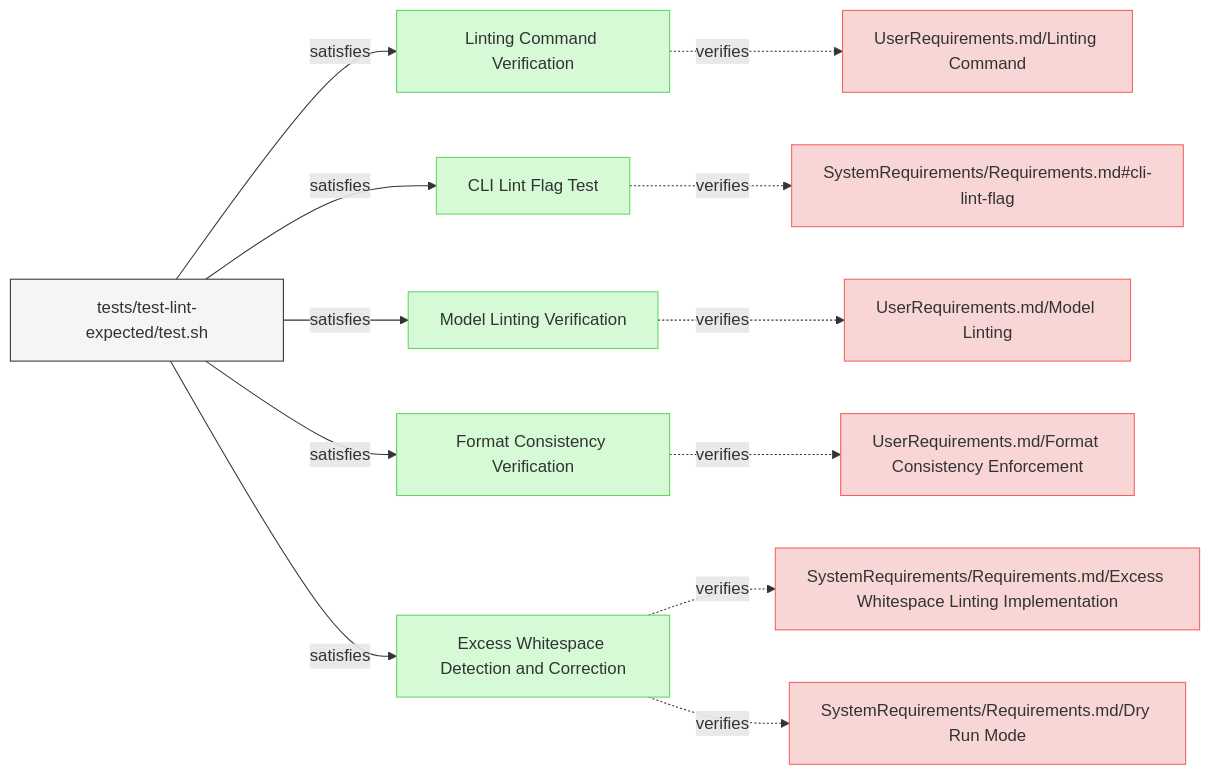
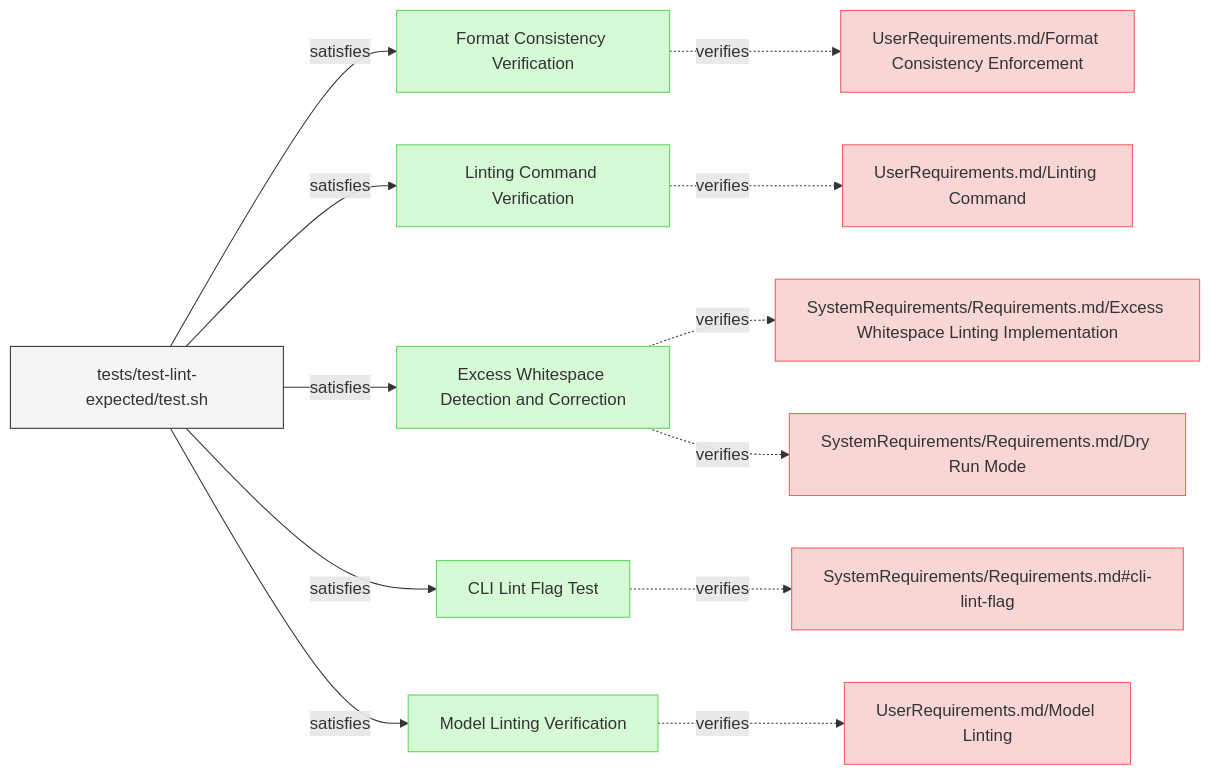
Before and after one commit to reqvire-org/reqvire: the first of 3 diagrams in specifications/Verifications/LintingTests.md, drawn with Mermaid. The commit also changed other lines of this file and 22 other files, not shown here.

````diff
--- a/specifications/Verifications/LintingTests.md
+++ b/specifications/Verifications/LintingTests.md
@@ -6,56 +6,56 @@
 ```mermaid
 graph LR;
   %% Graph styling
   classDef requirement fill:#f9d6d6,stroke:#f55f5f,stroke-width:1px;
   classDef verification fill:#d6f9d6,stroke:#5fd75f,stroke-width:1px;
   classDef externalLink fill:#d0e0ff,stroke:#3080ff,stroke-width:1px;
   classDef default fill:#f5f5f5,stroke:#333333,stroke-width:1px;
 
+  f35ede8f8934159a["Format Consistency Verification"];
+  click f35ede8f8934159a "https://github.com/Reqvire/reqvire/blob/ad88ba6b828e94c93382866fefd058c011c1ac60/specifications/Verifications/LintingTests.md#format-consistency-verification";
+  class f35ede8f8934159a verification;
+  1ddbeea0cf8eaad5["UserRequirements.md/Format Consistency Enforcement"];
+  class 1ddbeea0cf8eaad5 requirement;
+  click 1ddbeea0cf8eaad5 "https://github.com/Reqvire/reqvire/blob/ad88ba6b828e94c93382866fefd058c011c1ac60/specifications/UserRequirements.md#format-consistency-enforcement";
+  f35ede8f8934159a -.->|verifies| 1ddbeea0cf8eaad5;
+  569c6cdb3294a8d5["tests/test-lint-expected/test.sh"];
+  class 569c6cdb3294a8d5 default;
+  click 569c6cdb3294a8d5 "https://github.com/Reqvire/reqvire/blob/ad88ba6b828e94c93382866fefd058c011c1ac60/tests/test-lint-expected/test.sh";
+  569c6cdb3294a8d5 -->|satisfies| f35ede8f8934159a;
   fbe07d524dbc79f7["Linting Command Verification"];
-  click fbe07d524dbc79f7 "https://github.com/Reqvire/reqvire/blob/667635d4628fed400323f7df3689af2dbc2ad666/specifications/Verifications/LintingTests.md#linting-command-verification";
+  click fbe07d524dbc79f7 "https://github.com/Reqvire/reqvire/blob/ad88ba6b828e94c93382866fefd058c011c1ac60/specifications/Verifications/LintingTests.md#linting-command-verification";
   class fbe07d524dbc79f7 verification;
   28b0f9fa78937e61["UserRequirements.md/Linting Command"];
   class 28b0f9fa78937e61 requirement;
-  click 28b0f9fa78937e61 "https://github.com/Reqvire/reqvire/blob/667635d4628fed400323f7df3689af2dbc2ad666/specifications/UserRequirements.md#linting-command";
+  click 28b0f9fa78937e61 "https://github.com/Reqvire/reqvire/blob/ad88ba6b828e94c93382866fefd058c011c1ac60/specifications/UserRequirements.md#linting-command";
   fbe07d524dbc79f7 -.->|verifies| 28b0f9fa78937e61;
-  569c6cdb3294a8d5["tests/test-lint-expected/test.sh"];
-  class 569c6cdb3294a8d5 default;
-  click 569c6cdb3294a8d5 "https://github.com/Reqvire/reqvire/blob/667635d4628fed400323f7df3689af2dbc2ad666/tests/test-lint-expected/test.sh";
   569c6cdb3294a8d5 -->|satisfies| fbe07d524dbc79f7;
+  716f75498f400b63["Excess Whitespace Detection and Correction"];
+  click 716f75498f400b63 "https://github.com/Reqvire/reqvire/blob/ad88ba6b828e94c93382866fefd058c011c1ac60/specifications/Verifications/LintingTests.md#excess-whitespace-detection-and-correction";
+  class 716f75498f400b63 verification;
+  ab8dfb01e717d34["SystemRequirements/Requirements.md/Excess Whitespace Linting Implementation"];
+  class ab8dfb01e717d34 requirement;
+  click ab8dfb01e717d34 "https://github.com/Reqvire/reqvire/blob/ad88ba6b828e94c93382866fefd058c011c1ac60/specifications/SystemRequirements/Requirements.md#excess-whitespace-linting-implementation";
+  716f75498f400b63 -.->|verifies| ab8dfb01e717d34;
+  d21b16b30de7350d["SystemRequirements/Requirements.md/Dry Run Mode"];
+  class d21b16b30de7350d requirement;
+  click d21b16b30de7350d "https://github.com/Reqvire/reqvire/blob/ad88ba6b828e94c93382866fefd058c011c1ac60/specifications/SystemRequirements/Requirements.md#dry-run-mode";
+  716f75498f400b63 -.->|verifies| d21b16b30de7350d;
+  569c6cdb3294a8d5 -->|satisfies| 716f75498f400b63;
   4ec0755de791b8c6["CLI Lint Flag Test"];
-  click 4ec0755de791b8c6 "https://github.com/Reqvire/reqvire/blob/667635d4628fed400323f7df3689af2dbc2ad666/specifications/Verifications/LintingTests.md#cli-lint-flag-test";
+  click 4ec0755de791b8c6 "https://github.com/Reqvire/reqvire/blob/ad88ba6b828e94c93382866fefd058c011c1ac60/specifications/Verifications/LintingTests.md#cli-lint-flag-test";
   class 4ec0755de791b8c6 verification;
   3f235c1000d5347f["SystemRequirements/Requirements.md#cli-lint-flag"];
   class 3f235c1000d5347f requirement;
-  click 3f235c1000d5347f "https://github.com/Reqvire/reqvire/blob/667635d4628fed400323f7df3689af2dbc2ad666/specifications/SystemRequirements/Requirements.md#cli-lint-flag";
+  click 3f235c1000d5347f "https://github.com/Reqvire/reqvire/blob/ad88ba6b828e94c93382866fefd058c011c1ac60/specifications/SystemRequirements/Requirements.md#cli-lint-flag";
   4ec0755de791b8c6 -.->|verifies| 3f235c1000d5347f;
   569c6cdb3294a8d5 -->|satisfies| 4ec0755de791b8c6;
   90b51d9c48bc542d["Model Linting Verification"];
-  click 90b51d9c48bc542d "https://github.com/Reqvire/reqvire/blob/667635d4628fed400323f7df3689af2dbc2ad666/specifications/Verifications/LintingTests.md#model-linting-verification";
+  click 90b51d9c48bc542d "https://github.com/Reqvire/reqvire/blob/ad88ba6b828e94c93382866fefd058c011c1ac60/specifications/Verifications/LintingTests.md#model-linting-verification";
   class 90b51d9c48bc542d verification;
   84c4dc11e82e8638["UserRequirements.md/Model Linting"];
   class 84c4dc11e82e8638 requirement;
-  click 84c4dc11e82e8638 "https://github.com/Reqvire/reqvire/blob/667635d4628fed400323f7df3689af2dbc2ad666/specifications/UserRequirements.md#model-linting";
+  click 84c4dc11e82e8638 "https://github.com/Reqvire/reqvire/blob/ad88ba6b828e94c93382866fefd058c011c1ac60/specifications/UserRequirements.md#model-linting";
   90b51d9c48bc542d -.->|verifies| 84c4dc11e82e8638;
   569c6cdb3294a8d5 -->|satisfies| 90b51d9c48bc542d;
-  f35ede8f8934159a["Format Consistency Verification"];
-  click f35ede8f8934159a "https://github.com/Reqvire/reqvire/blob/667635d4628fed400323f7df3689af2dbc2ad666/specifications/Verifications/LintingTests.md#format-consistency-verification";
-  class f35ede8f8934159a verification;
-  1ddbeea0cf8eaad5["UserRequirements.md/Format Consistency Enforcement"];
-  class 1ddbeea0cf8eaad5 requirement;
-  click 1ddbeea0cf8eaad5 "https://github.com/Reqvire/reqvire/blob/667635d4628fed400323f7df3689af2dbc2ad666/specifications/UserRequirements.md#format-consistency-enforcement";
-  f35ede8f8934159a -.->|verifies| 1ddbeea0cf8eaad5;
-  569c6cdb3294a8d5 -->|satisfies| f35ede8f8934159a;
-  716f75498f400b63["Excess Whitespace Detection and Correction"];
-  click 716f75498f400b63 "https://github.com/Reqvire/reqvire/blob/667635d4628fed400323f7df3689af2dbc2ad666/specifications/Verifications/LintingTests.md#excess-whitespace-detection-and-correction";
-  class 716f75498f400b63 verification;
-  ab8dfb01e717d34["SystemRequirements/Requirements.md/Excess Whitespace Linting Implementation"];
-  class ab8dfb01e717d34 requirement;
-  click ab8dfb01e717d34 "https://github.com/Reqvire/reqvire/blob/667635d4628fed400323f7df3689af2dbc2ad666/specifications/SystemRequirements/Requirements.md#excess-whitespace-linting-implementation";
-  716f75498f400b63 -.->|verifies| ab8dfb01e717d34;
-  d21b16b30de7350d["SystemRequirements/Requirements.md/Dry Run Mode"];
-  class d21b16b30de7350d requirement;
-  click d21b16b30de7350d "https://github.com/Reqvire/reqvire/blob/667635d4628fed400323f7df3689af2dbc2ad666/specifications/SystemRequirements/Requirements.md#dry-run-mode";
-  716f75498f400b63 -.->|verifies| d21b16b30de7350d;
-  569c6cdb3294a8d5 -->|satisfies| 716f75498f400b63;
 ```
````
